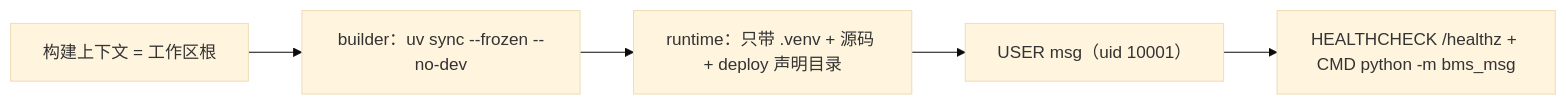
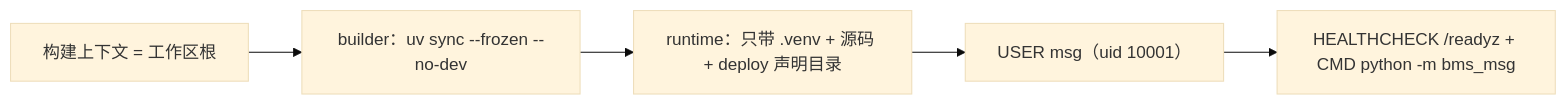
One commit to minjian123/message-platform changed the diagram in msg文档/项目/08B_消息平台/任务/07_部署迁移与验收/07_部署迁移与验收_01_部署形态与产品声明/07_部署迁移与验收_01_部署形态与产品声明_01_容器编排与持久化卷/设计/01_详细设计_07-1-1_容器编排与持久化卷.md. Above: the diagram before and after it, drawn with Mermaid (base theme). The commit also changed other lines of this file and 7 other files, not shown here.

````diff
--- a/msg文档/项目/08B_消息平台/任务/07_部署迁移与验收/07_部署迁移与验收_01_部署形态与产品声明/07_部署迁移与验收_01_部署形态与产品声明_01_容器编排与持久化卷/设计/01_详细设计_07-1-1_容器编排与持久化卷.md
+++ b/msg文档/项目/08B_消息平台/任务/07_部署迁移与验收/07_部署迁移与验收_01_部署形态与产品声明/07_部署迁移与验收_01_部署形态与产品声明_01_容器编排与持久化卷/设计/01_详细设计_07-1-1_容器编排与持久化卷.md
@@ -81,7 +81,7 @@
 ```mermaid
 flowchart LR
     C["构建上下文 = 工作区根"] --> B["builder：uv sync --frozen --no-dev"]
     B --> R["runtime：只带 .venv + 源码 + deploy 声明目录"]
     R --> U["USER msg（uid 10001）"]
-    U --> H["HEALTHCHECK /healthz + CMD python -m bms_msg"]
+    U --> H["HEALTHCHECK /readyz + CMD python -m bms_msg"]
 ```
````
